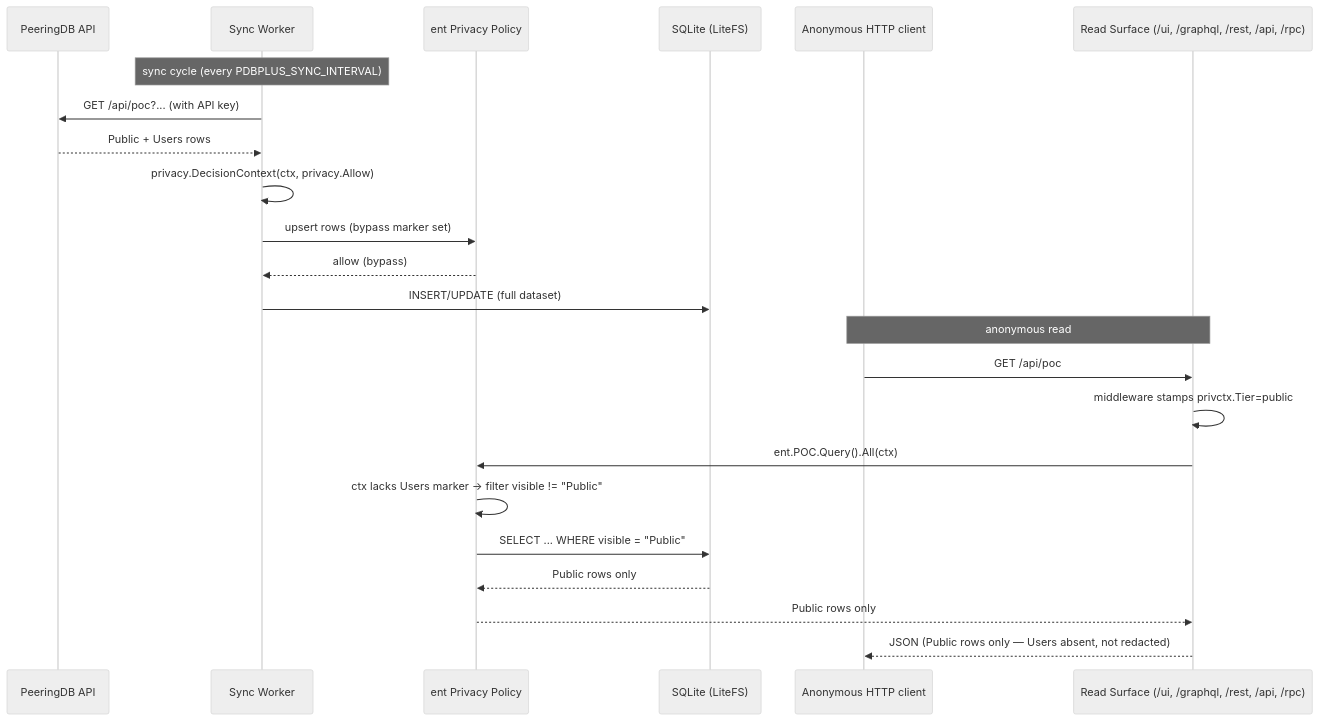
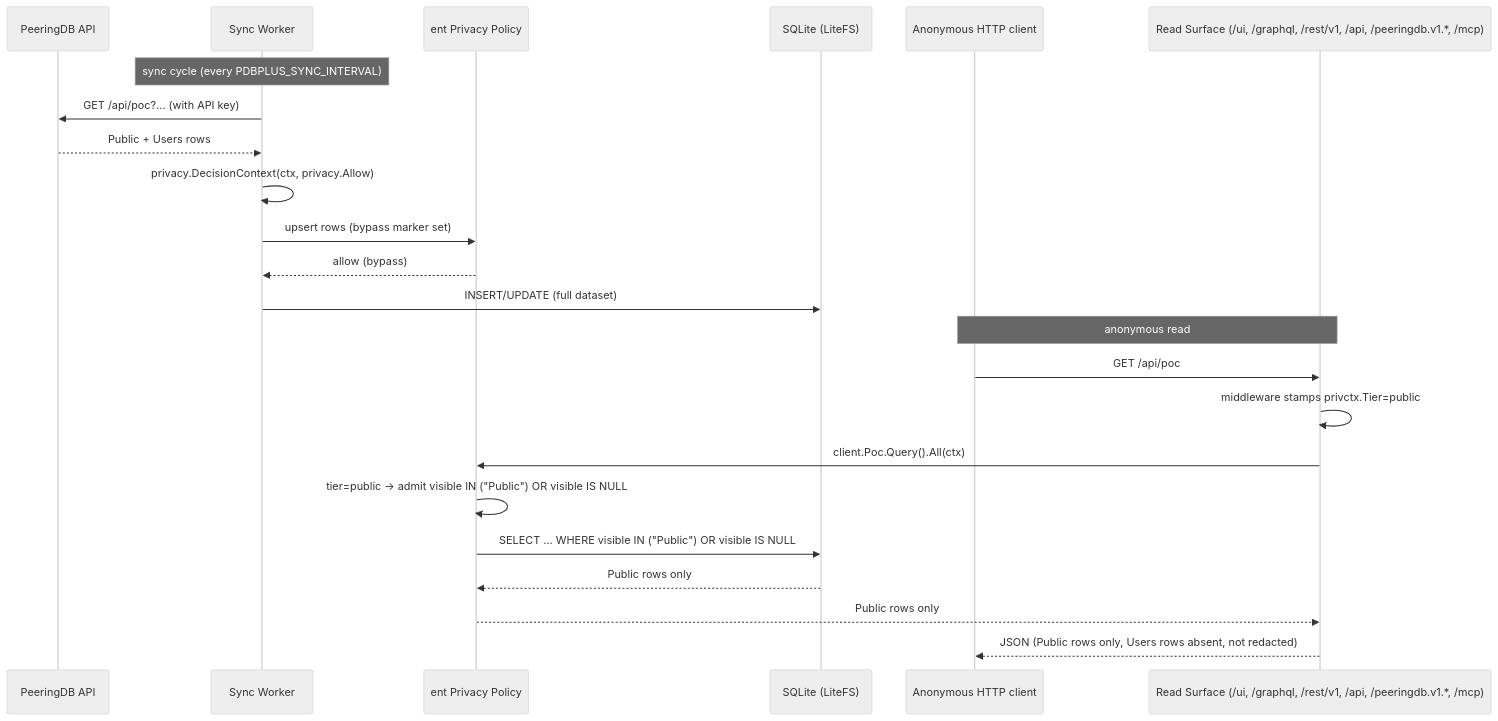
One commit to dotwaffle/peeringdb-plus changed the second of 2 diagrams in docs/ARCHITECTURE.md. Above: the diagram before and after it, drawn with Mermaid (neutral theme). The commit also changed other lines of this file, not shown here.

First line of the commit message:
docs: correct the ARCHITECTURE privacy layer

````diff
--- a/docs/ARCHITECTURE.md
+++ b/docs/ARCHITECTURE.md
@@ -768,27 +794,27 @@
 ```mermaid
 sequenceDiagram
     participant Upstream as PeeringDB API
     participant Worker as Sync Worker
     participant Policy as ent Privacy Policy
     participant DB as SQLite (LiteFS)
     participant Client as Anonymous HTTP client
-    participant Surface as Read Surface (/ui, /graphql, /rest, /api, /rpc)
+    participant Surface as Read Surface (/ui, /graphql, /rest/v1, /api, /peeringdb.v1.*, /mcp)
 
     Note over Worker: sync cycle (every PDBPLUS_SYNC_INTERVAL)
     Worker->>Upstream: GET /api/poc?... (with API key)
     Upstream-->>Worker: Public + Users rows
     Worker->>Worker: privacy.DecisionContext(ctx, privacy.Allow)
     Worker->>Policy: upsert rows (bypass marker set)
     Policy-->>Worker: allow (bypass)
     Worker->>DB: INSERT/UPDATE (full dataset)
 
     Note over Client,Surface: anonymous read
     Client->>Surface: GET /api/poc
     Surface->>Surface: middleware stamps privctx.Tier=public
-    Surface->>Policy: ent.POC.Query().All(ctx)
-    Policy->>Policy: ctx lacks Users marker → filter visible != "Public"
-    Policy->>DB: SELECT ... WHERE visible = "Public"
+    Surface->>Policy: client.Poc.Query().All(ctx)
+    Policy->>Policy: tier=public → admit visible IN ("Public") OR visible IS NULL
+    Policy->>DB: SELECT ... WHERE visible IN ("Public") OR visible IS NULL
     DB-->>Policy: Public rows only
     Policy-->>Surface: Public rows only
-    Surface-->>Client: JSON (Public rows only — Users absent, not redacted)
+    Surface-->>Client: JSON (Public rows only, Users rows absent, not redacted)
 ```
````
